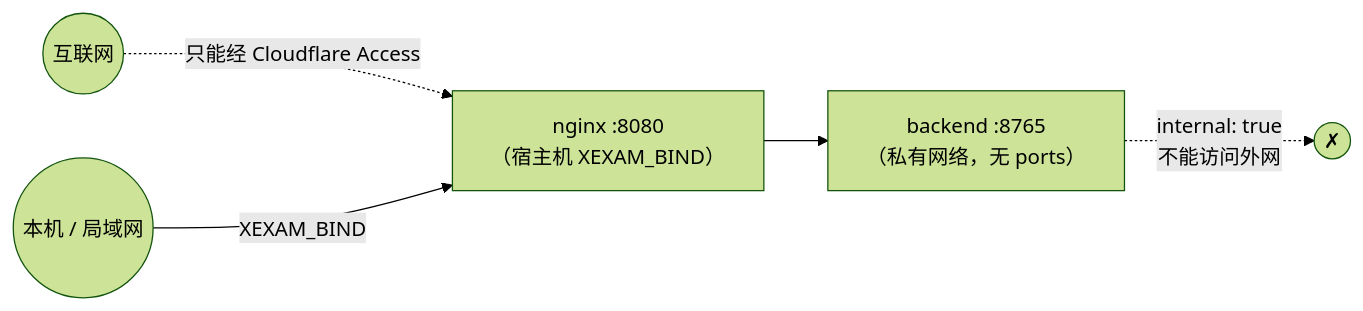
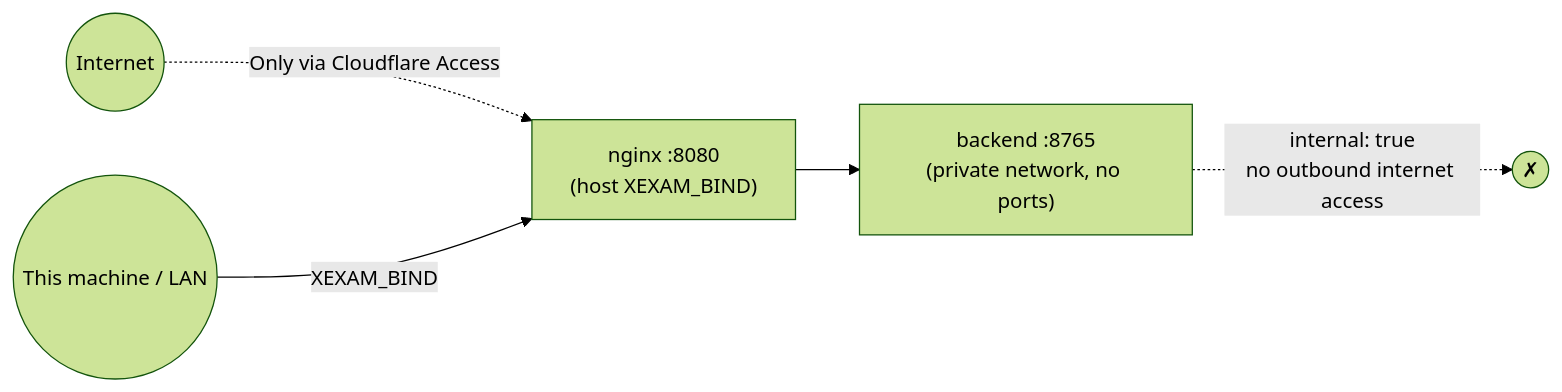
The diagram in docs/security.md (Yumin-Space/xexam), drawn with Mermaid (forest theme) before and after one commit. The commit also changed other lines of this file and 127 other files, not shown here.

````diff
--- a/docs/security.md
+++ b/docs/security.md
@@ -21,7 +23,7 @@
 ```mermaid
 flowchart LR
-    I(("互联网")) -.->|"只能经 Cloudflare Access"| N["nginx :8080<br/>（宿主机 XEXAM_BIND）"]
-    L(("本机 / 局域网")) -->|"XEXAM_BIND"| N
-    N --> B["backend :8765<br/>（私有网络，无 ports）"]
-    B -. "internal: true<br/>不能访问外网" .-> X(("✗"))
+    I(("Internet")) -.->|"Only via Cloudflare Access"| N["nginx :8080<br/>(host XEXAM_BIND)"]
+    L(("This machine / LAN")) -->|"XEXAM_BIND"| N
+    N --> B["backend :8765<br/>(private network, no ports)"]
+    B -. "internal: true<br/>no outbound internet access" .-> X(("✗"))
 ```
````
